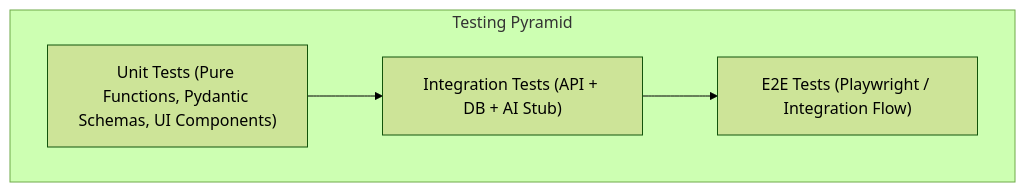
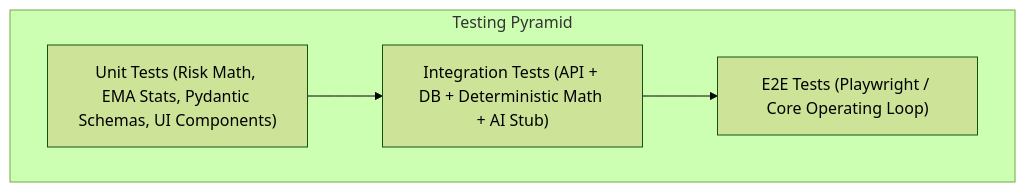
One commit to Kunal-net/deadline-radar changed the diagram in docs/testing-strategy.md. Above: the diagram before and after it, drawn with Mermaid (forest theme). The commit also changed other lines of this file and 19 other files, not shown here.

````diff
--- a/docs/testing-strategy.md
+++ b/docs/testing-strategy.md
@@ -6,9 +7,9 @@
 ```mermaid
 flowchart TD
     subgraph TestPyramid ["Testing Pyramid"]
-        E2E["E2E Tests (Playwright / Integration Flow)"]
-        Integration["Integration Tests (API + DB + AI Stub)"]
-        Unit["Unit Tests (Pure Functions, Pydantic Schemas, UI Components)"]
+        E2E["E2E Tests (Playwright / Core Operating Loop)"]
+        Integration["Integration Tests (API + DB + Deterministic Math + AI Stub)"]
+        Unit["Unit Tests (Risk Math, EMA Stats, Pydantic Schemas, UI Components)"]
     end
     Unit --> Integration --> E2E
 ```
````
